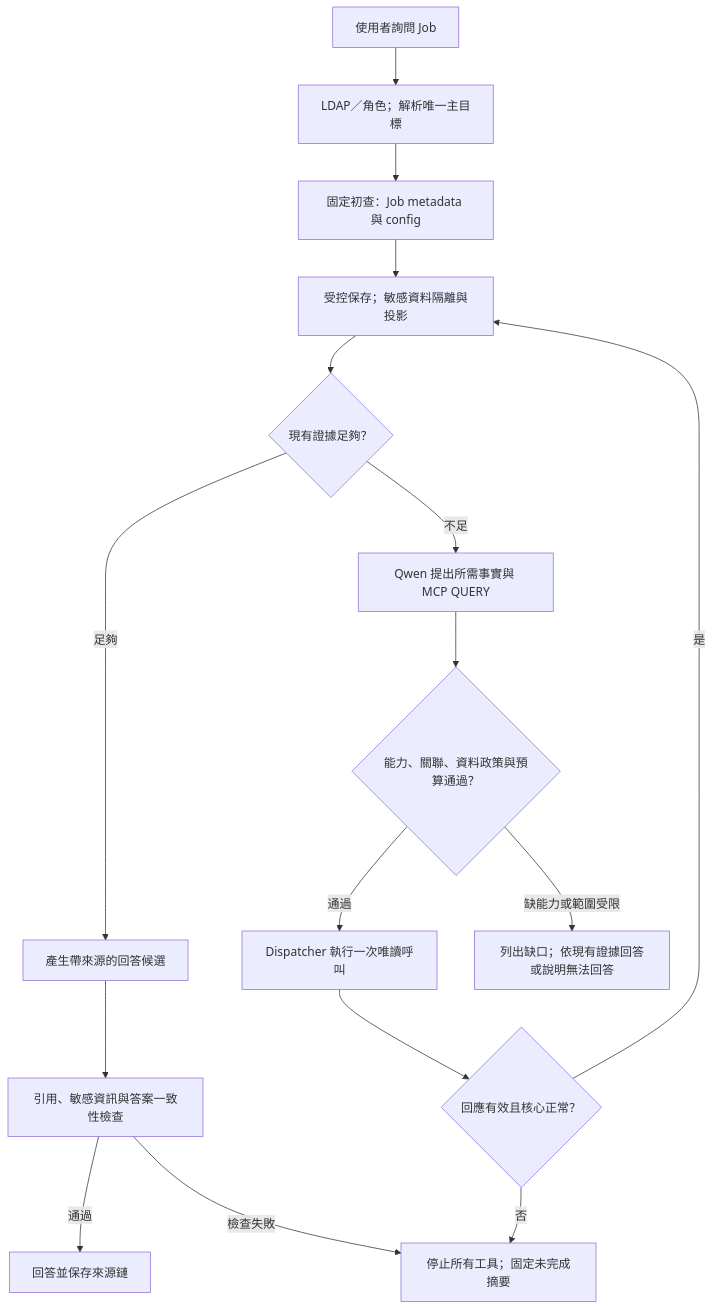
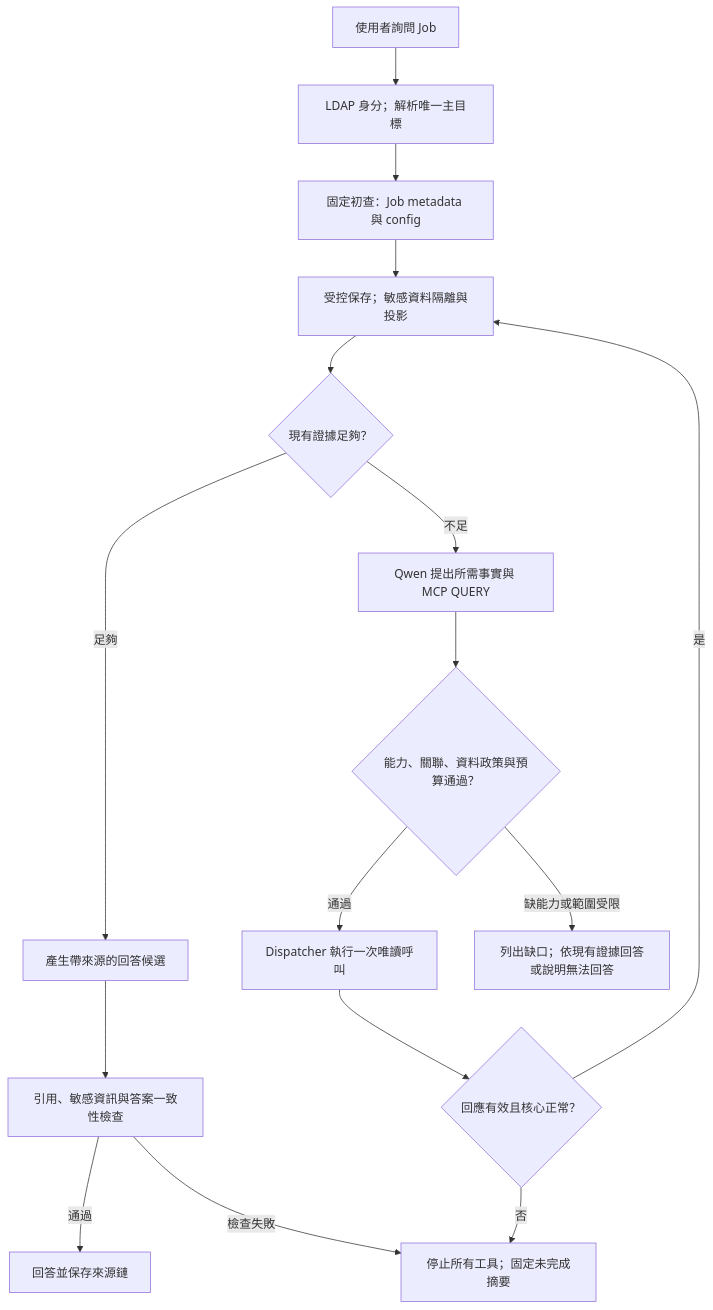
One commit to lancehuang58/ai-devops-platform changed the fourth of 6 diagrams in doc/specifications/DevOps_智慧維運應用系統分析規格書_草案.md. Above: the diagram before and after it, drawn with Mermaid. The commit also changed other lines of this file, not shown here.

````diff
--- a/doc/specifications/DevOps_智慧維運應用系統分析規格書_草案.md
+++ b/doc/specifications/DevOps_智慧維運應用系統分析規格書_草案.md
@@ -894,18 +863,18 @@
 ```mermaid
 flowchart TD
-    A["使用者詢問 Job"] --> B["LDAP／角色；解析唯一主目標"]
+    A["使用者詢問 Job"] --> B["LDAP 身分；解析唯一主目標"]
     B --> C["固定初查：Job metadata 與 config"]
     C --> D["受控保存；敏感資料隔離與投影"]
     D --> E{"現有證據足夠？"}
     E -->|足夠| F["產生帶來源的回答候選"]
     E -->|不足| G["Qwen 提出所需事實與 MCP QUERY"]
     G --> H{"能力、關聯、資料政策與預算通過？"}
     H -->|通過| I["Dispatcher 執行一次唯讀呼叫"]
     I --> J{"回應有效且核心正常？"}
     J -->|是| D
     J -->|否| X["停止所有工具；固定未完成摘要"]
     H -->|缺能力或範圍受限| U["列出缺口；依現有證據回答或說明無法回答"]
     F --> K["引用、敏感資訊與答案一致性檢查"]
     K -->|通過| L["回答並保存來源鏈"]
     K -->|檢查失敗| X
 ```
````
